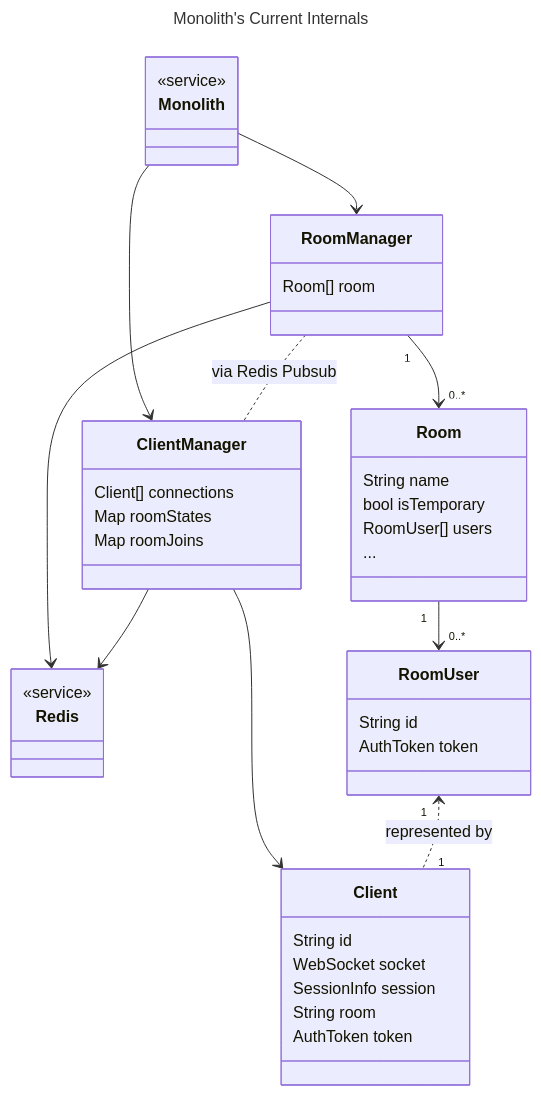
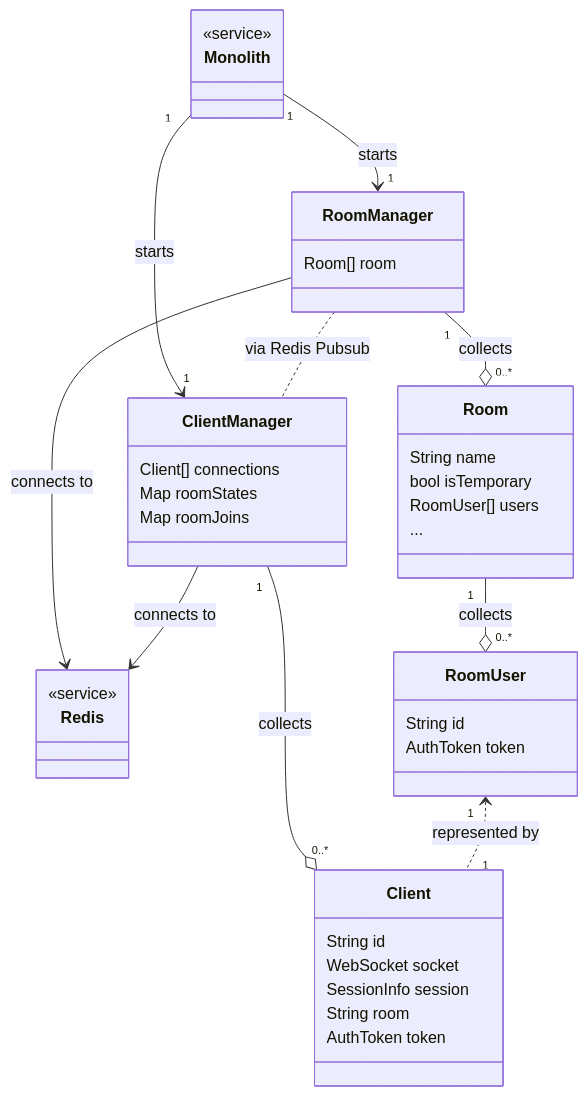
Before and after one commit to dyc3/senior-design: the diagram in figures/monolith-class-current.mmd, drawn with Mermaid. The commit also changed 3 other files, not shown here.

First line of the commit message:
fix monolith internals class diagrams (#184)

```diff
--- a/figures/monolith-class-current.mmd
+++ b/figures/monolith-class-current.mmd
@@ -1,55 +1,52 @@
----
-title: Monolith's Current Internals
----
 classDiagram
     class Monolith {
         <<service>>
     }
 
-    Monolith --> RoomManager
-    Monolith --> ClientManager
+    Monolith "1" --> "1" RoomManager: starts
+    Monolith "1" --> "1" ClientManager: starts
 
     class Redis {
         <<service>>
     }
 
     class RoomManager {
         Room[] room
     }
 
-    RoomManager "1" --> "0..*" Room
+    RoomManager "1" --o "0..*" Room: collects
 
     class Room {
         String name
         bool isTemporary
         RoomUser[] users
         ...
     }
 
     class ClientManager {
         Client[] connections
         Map roomStates
         Map roomJoins
     }
 
     RoomManager .. ClientManager: via Redis Pubsub
-    RoomManager --> Redis
-    ClientManager --> Redis
+    RoomManager --> Redis: connects to
+    ClientManager --> Redis: connects to
 
     class Client {
         String id
         WebSocket socket
         SessionInfo session
         String room
         AuthToken token
     }
 
-    ClientManager --> Client
+    ClientManager "1" --o "0..*" Client: collects
 
     class RoomUser {
         String id
         AuthToken token
     }
 
-    Room "1" --> "0..*" RoomUser
+    Room "1" --o "0..*" RoomUser: collects
     RoomUser "1" <.. "1" Client: represented by
```
